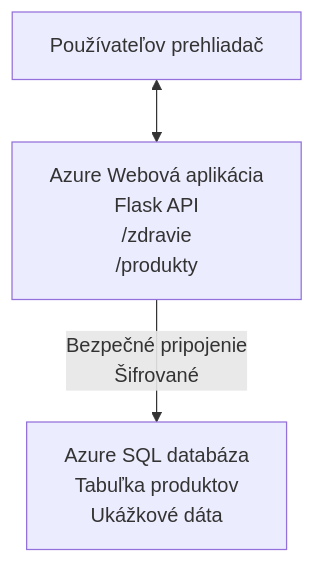
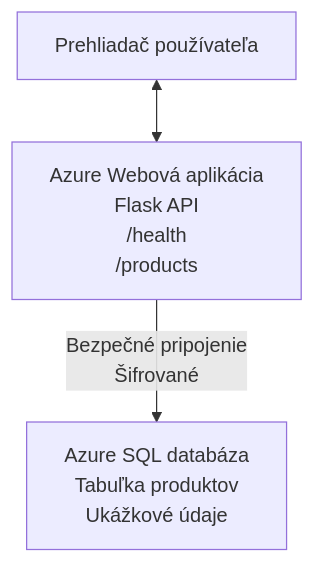
Before and after one commit to microsoft/AZD-for-beginners: the diagram in translations/sk/examples/database-app/README.md, drawn with Mermaid. The commit also changed other lines of this file and 104 other files, not shown here.

````diff
--- a/translations/sk/examples/database-app/README.md
+++ b/translations/sk/examples/database-app/README.md
@@ -72,5 +72,5 @@
 ```mermaid
 graph TD
-    Browser[Používateľov prehliadač] <--> WebApp[Azure Webová aplikácia<br/>Flask API<br/>/zdravie<br/>/produkty]
-    WebApp -- Bezpečné pripojenie<br/>Šifrované --> SQL[Azure SQL databáza<br/>Tabuľka produktov<br/>Ukážkové dáta]
+    Browser[Prehliadač používateľa] <--> WebApp[Azure Webová aplikácia<br/>Flask API<br/>/health<br/>/products]
+    WebApp -- Bezpečné pripojenie<br/>Šifrované --> SQL[Azure SQL databáza<br/>Tabuľka produktov<br/>Ukážkové údaje]
 ```
````
